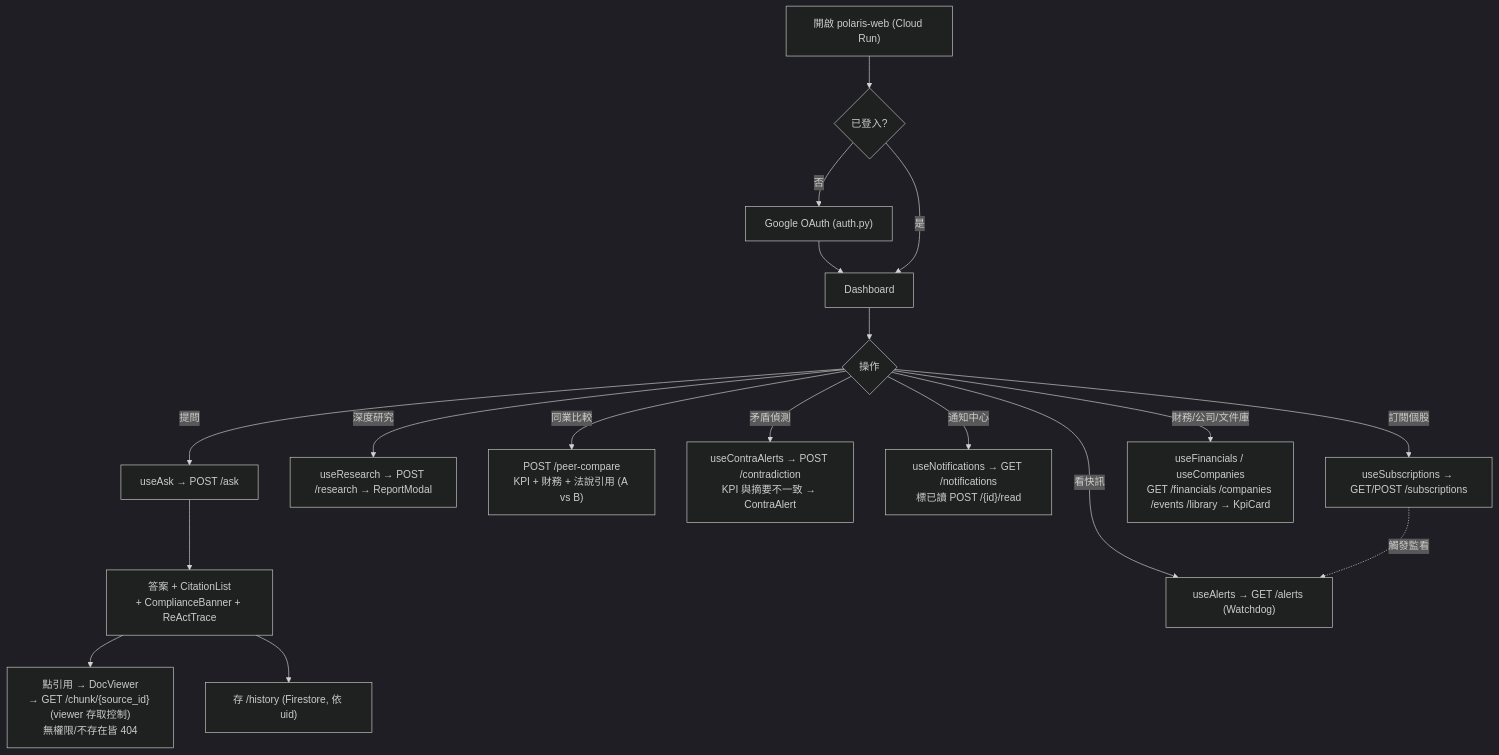
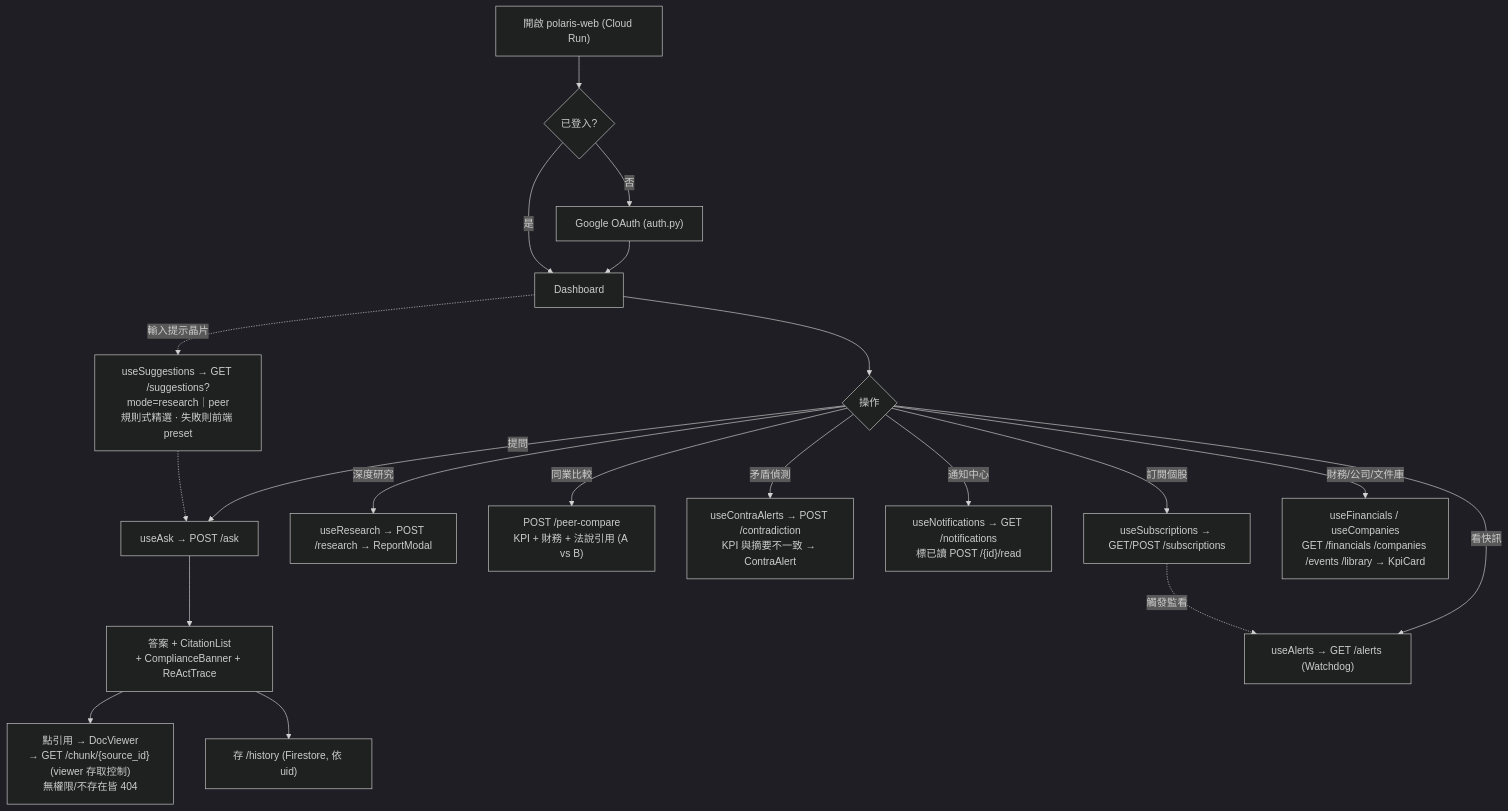
One commit to holajennytw/polaris-desk changed the ninth of 9 diagrams in docs/architecture.md. Above: the diagram before and after it, drawn with Mermaid (dark theme). The commit also changed other lines of this file, not shown here.

First line of the commit message:
docs(architecture): reflect jenny/main HEAD (#38 #39 #41 #35)

````diff
--- a/docs/architecture.md
+++ b/docs/architecture.md
@@ -340,22 +342,24 @@
 ```mermaid
 flowchart TD
     L["開啟 polaris-web (Cloud Run)"] --> AU{"已登入?"}
     AU -->|否| OAuth["Google OAuth (auth.py)"]
     OAuth --> DASH
     AU -->|是| DASH["Dashboard"]
     DASH --> CH{"操作"}
 
     CH -->|提問| ASK["useAsk → POST /ask"]
+    DASH -.->|輸入提示晶片| SG["useSuggestions → GET /suggestions?mode=research｜peer<br/>規則式精選 · 失敗則前端 preset"]
+    SG -.-> ASK
     ASK --> RES["答案 + CitationList<br/>+ ComplianceBanner + ReActTrace"]
     RES --> CITE["點引用 → DocViewer<br/>→ GET /chunk/{source_id} (viewer 存取控制)<br/>無權限/不存在皆 404"]
     RES --> SAVE["存 /history (Firestore, 依 uid)"]
 
     CH -->|深度研究| DRP["useResearch → POST /research → ReportModal"]
     CH -->|同業比較| PCP["POST /peer-compare<br/>KPI + 財務 + 法說引用 (A vs B)"]
     CH -->|矛盾偵測| CON["useContraAlerts → POST /contradiction<br/>KPI 與摘要不一致 → ContraAlert"]
     CH -->|看快訊| ALV["useAlerts → GET /alerts (Watchdog)"]
     CH -->|通知中心| NT["useNotifications → GET /notifications<br/>標已讀 POST /{id}/read"]
     CH -->|訂閱個股| SUB["useSubscriptions → GET/POST /subscriptions"]
     SUB -.->|觸發監看| ALV
     CH -->|財務/公司/文件庫| ST["useFinancials / useCompanies<br/>GET /financials /companies /events /library → KpiCard"]
 ```
````
